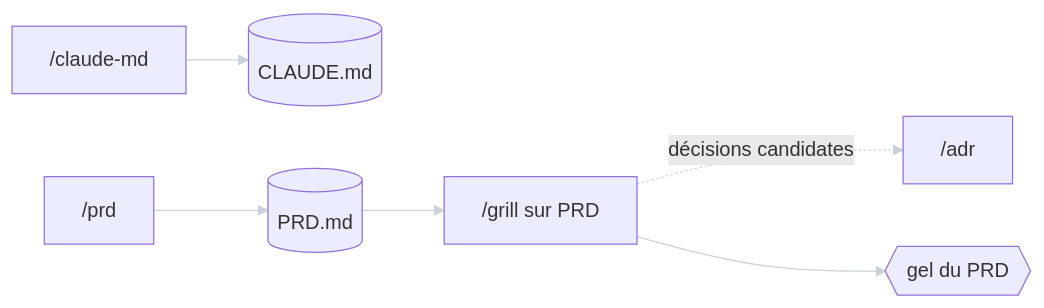
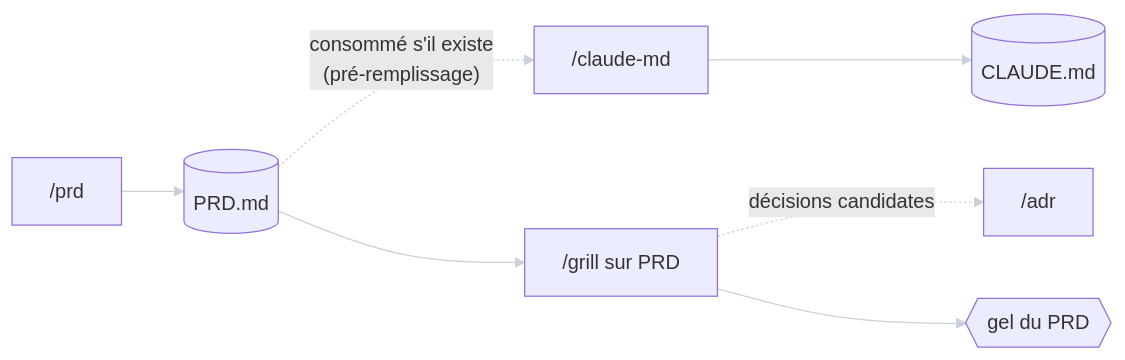
One commit to GMartin-Data/dotfiles changed the first of 12 diagrams in docs/methodology/workflow-overview.md. Above: the diagram before and after it, drawn with Mermaid. The commit also changed other lines of this file, not shown here.

````diff
--- a/docs/methodology/workflow-overview.md
+++ b/docs/methodology/workflow-overview.md
@@ -38,9 +38,10 @@
 ```mermaid
 %%{init: {'themeVariables': {'lineColor': '#c9d1d9'}}}%%
 flowchart LR
-    CM["/claude-md"] --> CMD[("CLAUDE.md")]
     PRDC["/prd"] --> PRDD[("PRD.md")]
+    PRDD -.->|"consommé s'il existe<br/>(pré-remplissage)"| CM["/claude-md"]
+    CM --> CMD[("CLAUDE.md")]
     PRDD --> G1["/grill sur PRD"]
     G1 -.->|décisions candidates| ADR1["/adr"]
     G1 --> FRZ1{{"gel du PRD"}}
 ```
````
